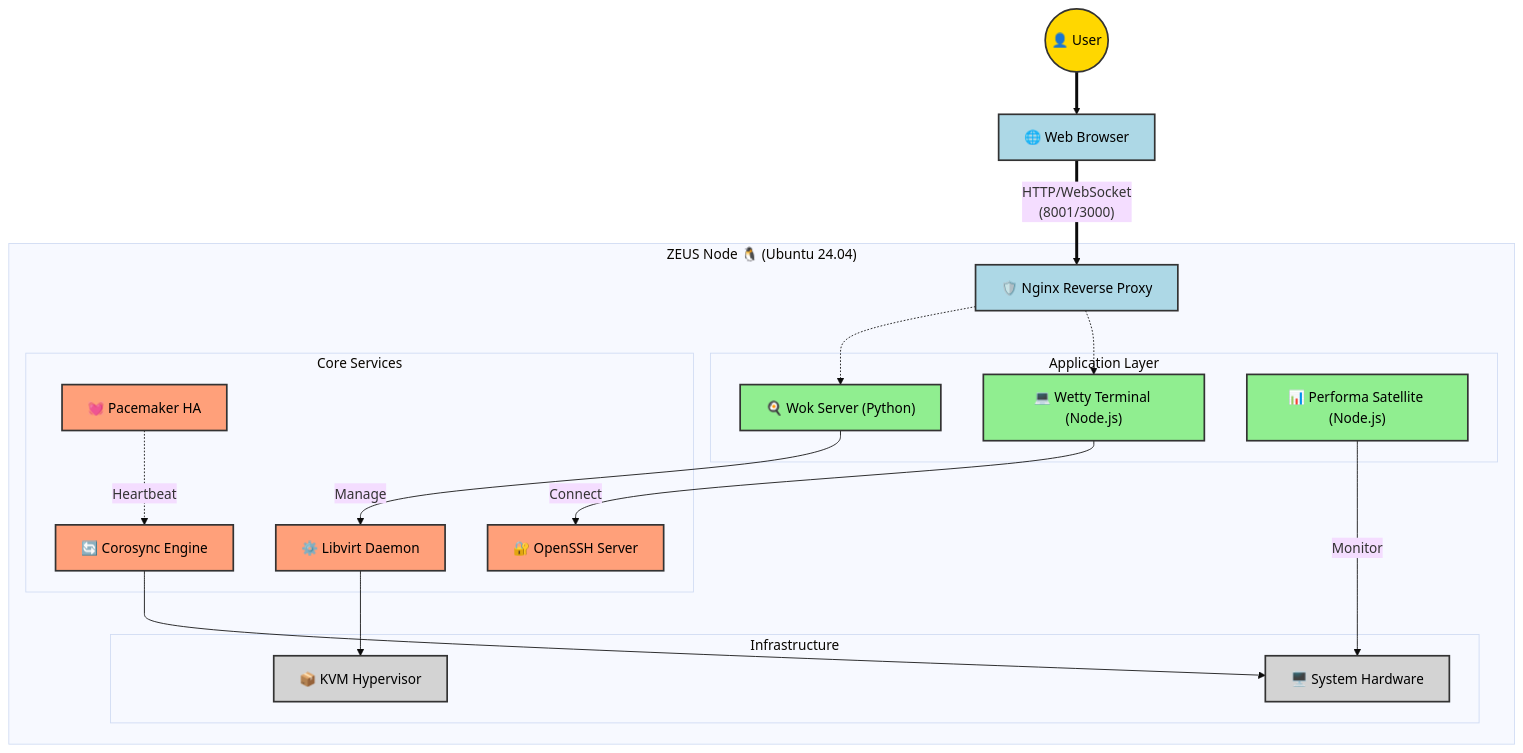
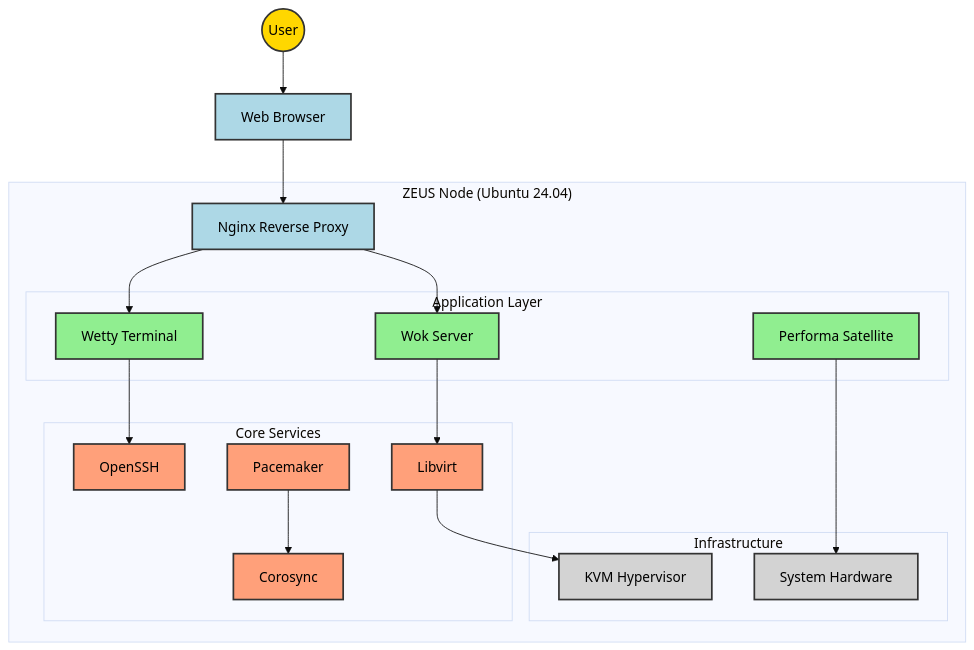
The diagram in README.md (PalashTinkhede/edge_test), drawn with Mermaid (base theme) before and after one commit.

````diff
--- a/README.md
+++ b/README.md
@@ -41,45 +41,42 @@
 ```mermaid
 graph TD
-    %% Classes for coloring
     classDef user fill:#FFD700,stroke:#333,stroke-width:2px,color:black;
     classDef web fill:#ADD8E6,stroke:#333,stroke-width:2px,color:black;
     classDef app fill:#90EE90,stroke:#333,stroke-width:2px,color:black;
     classDef core fill:#FFA07A,stroke:#333,stroke-width:2px,color:black;
     classDef infra fill:#D3D3D3,stroke:#333,stroke-width:2px,color:black;
-    User((👤 User)):::user
-    Browser[🌐 Web Browser]:::web
-    
-    subgraph "ZEUS Node 🐧 (Ubuntu 24.04)"
-        Nginx[🛡️ Nginx Reverse Proxy]:::web
-        
+
+    User((User)):::user
+    Browser[Web Browser]:::web
+
+    subgraph "ZEUS Node (Ubuntu 24.04)"
+        Nginx[Nginx Reverse Proxy]:::web
+
         subgraph "Application Layer"
-            Wok["🍳 Wok Server (Python)"]:::app
-            Wetty["💻 Wetty Terminal (Node.js)"]:::app
-            Performa["📊 Performa Satellite (Node.js)"]:::app
+            Wok[Wok Server]:::app
+            Wetty[Wetty Terminal]:::app
+            Performa[Performa Satellite]:::app
         end
-        
+
         subgraph "Core Services"
-            Libvirt["⚙️ Libvirt Daemon"]:::core
-            Pacemaker["💓 Pacemaker HA"]:::core
-            Corosync["🔄 Corosync Engine"]:::core
-            SSH["🔐 OpenSSH Server"]:::core
+            Libvirt[Libvirt]:::core
+            Pacemaker[Pacemaker]:::core
+            Corosync[Corosync]:::core
+            SSH[OpenSSH]:::core
         end
-        
+
         subgraph "Infrastructure"
-            KVM["📦 KVM Hypervisor"]:::infra
-            System["🖥️ System Hardware"]:::infra
+            KVM[KVM Hypervisor]:::infra
+            HW[System Hardware]:::infra
         end
     end
-    User ==> Browser
-    Browser == "HTTP/WebSocket\n(8001/3000)" ==> Nginx
-    Nginx -.-> Wok
-    Nginx -.-> Wetty
-    
-    Wok -- "Manage" --> Libvirt
-    Wetty -- "Connect" --> SSH
-    Performa -- "Monitor" --> System
-    
-    Libvirt --> KVM
-    Pacemaker -. "Heartbeat" .-> Corosync
-    Corosync --> System
+
+    User --> Browser --> Nginx
+    Nginx --> Wok
+    Nginx --> Wetty
+    Wok --> Libvirt --> KVM
+    Wetty --> SSH
+    Performa --> HW
+    Pacemaker --> Corosync
+
 ```
````
